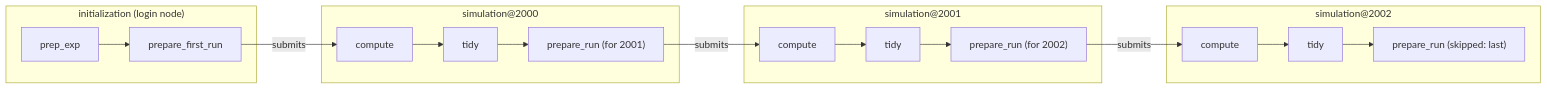
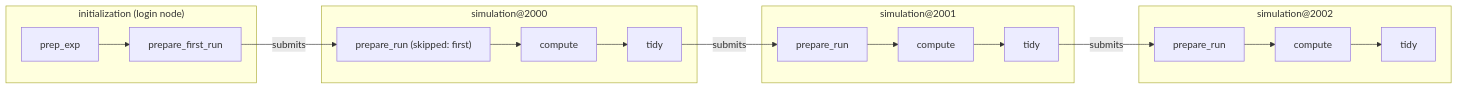
One commit to esm-tools/esm_tools changed the second of 5 diagrams in WORKFLOW_DESIGN.md. Above: the diagram before and after it, drawn with Mermaid. The commit also changed other lines of this file, not shown here.

````diff
--- a/WORKFLOW_DESIGN.md
+++ b/WORKFLOW_DESIGN.md
@@ -666,18 +753,18 @@
 ```mermaid
 flowchart LR
     subgraph init["initialization (login node)"]
         pe[prep_exp] --> pfr[prepare_first_run]
     end
     subgraph s0["simulation@2000"]
-        c0[compute] --> t0[tidy] --> pr0["prepare_run (for 2001)"]
+        pr0["prepare_run (skipped: first)"] --> c0[compute] --> t0[tidy]
     end
     subgraph s1["simulation@2001"]
-        c1[compute] --> t1[tidy] --> pr1["prepare_run (for 2002)"]
+        pr1[prepare_run] --> c1[compute] --> t1[tidy]
     end
     subgraph s2["simulation@2002"]
-        c2[compute] --> t2[tidy] --> pr2["prepare_run (skipped: last)"]
+        pr2[prepare_run] --> c2[compute] --> t2[tidy]
     end
-    pfr -->|submits| c0
-    pr0 -->|submits| c1
-    pr1 -->|submits| c2
+    pfr -->|submits| pr0
+    t0 -->|submits| pr1
+    t1 -->|submits| pr2
 ```
````
